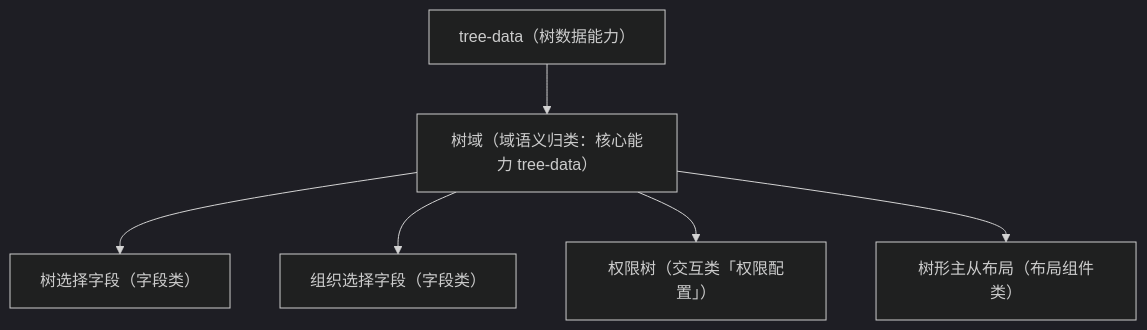
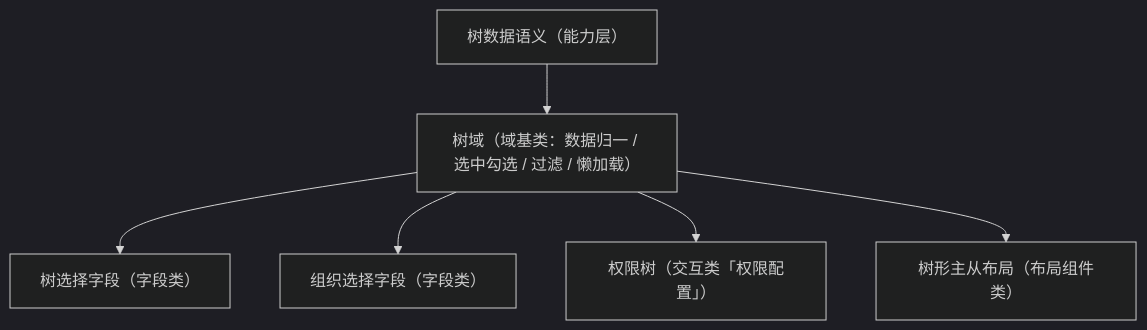
Before and after one commit to minjian123/basic-management-system: the diagram in bms文档/设计/组件设计/02_基础组件类/03_域基类/03_组件设计_树域基类/03_组件设计_树域基类.md, drawn with Mermaid (dark theme). The commit also changed other lines of this file and 238 other files, not shown here.

````diff
--- a/bms文档/设计/组件设计/02_基础组件类/03_域基类/03_组件设计_树域基类/03_组件设计_树域基类.md
+++ b/bms文档/设计/组件设计/02_基础组件类/03_域基类/03_组件设计_树域基类/03_组件设计_树域基类.md
@@ -15,8 +16,8 @@
 ```mermaid
 flowchart TD
-    B["树域（域语义归类：核心能力 tree-data）"] --> T1["树选择字段（字段类）"]
+    U["树数据语义（能力层）"] --> B["树域（域基类：数据归一 / 选中勾选 / 过滤 / 懒加载）"]
+    B --> T1["树选择字段（字段类）"]
     B --> T2["组织选择字段（字段类）"]
     B --> T3["权限树（交互类「权限配置」）"]
     B --> T4["树形主从布局（布局组件类）"]
-    U["tree-data（树数据能力）"] --> B
 ```
````
